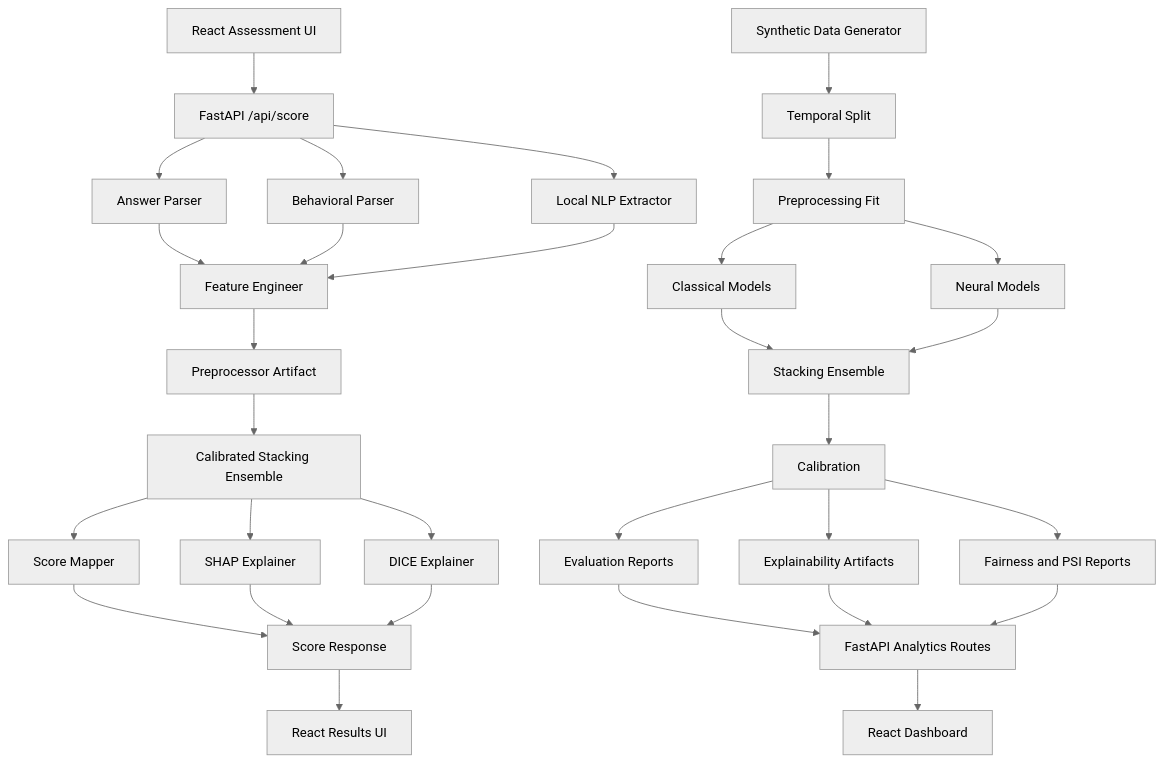
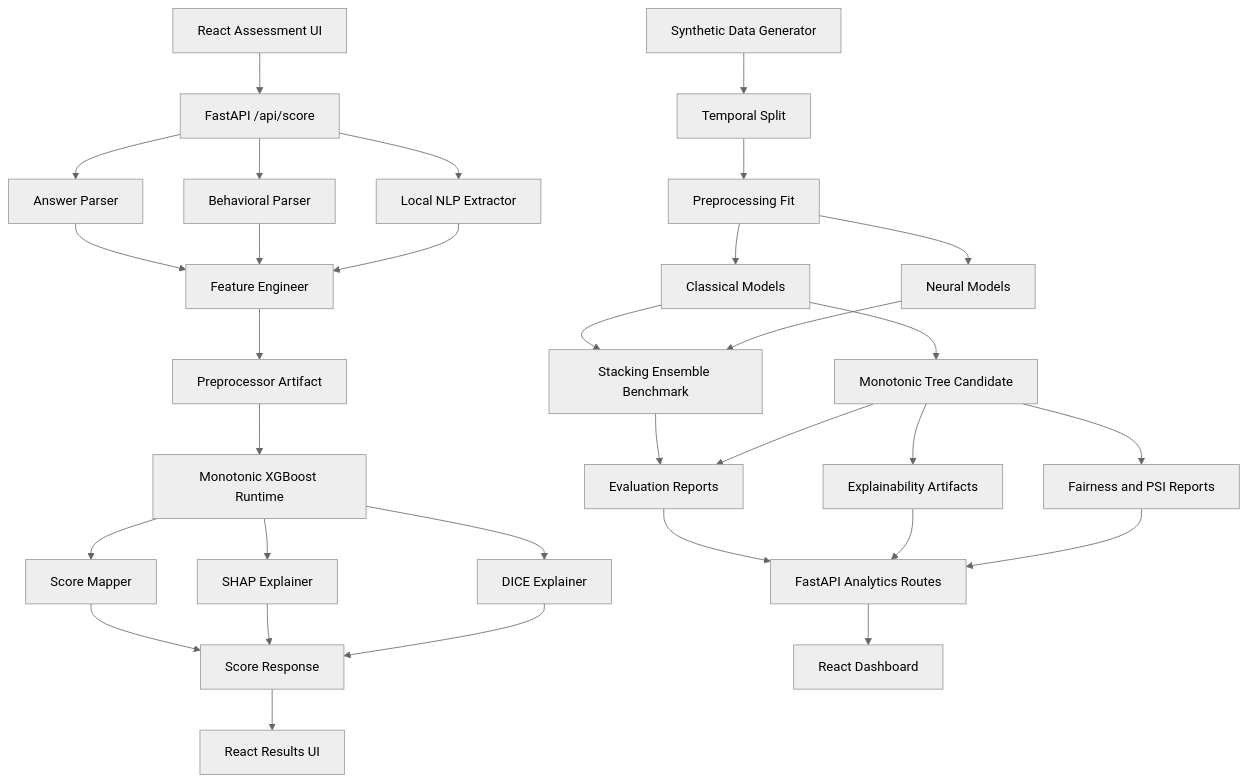
One commit to kaustubh-dot/AlterScore changed the diagram in docs/ENGINEERING_CONTEXT.md. Above: the diagram before and after it, drawn with Mermaid (neutral theme). The commit also changed other lines of this file and 29 other files, not shown here.

````diff
--- a/docs/ENGINEERING_CONTEXT.md
+++ b/docs/ENGINEERING_CONTEXT.md
@@ -155,34 +154,35 @@
 ```mermaid
 flowchart TD
   A["React Assessment UI"] --> B["FastAPI /api/score"]
   B --> C["Answer Parser"]
   B --> D["Behavioral Parser"]
   B --> E["Local NLP Extractor"]
   C --> F["Feature Engineer"]
   D --> F
   E --> F
   F --> G["Preprocessor Artifact"]
-  G --> H["Calibrated Stacking Ensemble"]
+  G --> H["Monotonic XGBoost Runtime"]
   H --> I["Score Mapper"]
   H --> J["SHAP Explainer"]
   H --> K["DICE Explainer"]
   I --> L["Score Response"]
   J --> L
   K --> L
   L --> M["React Results UI"]
 
   N["Synthetic Data Generator"] --> O["Temporal Split"]
   O --> P["Preprocessing Fit"]
   P --> Q["Classical Models"]
   P --> R["Neural Models"]
-  Q --> S["Stacking Ensemble"]
+  Q --> S["Stacking Ensemble Benchmark"]
   R --> S
-  S --> T["Calibration"]
-  T --> U["Evaluation Reports"]
+  Q --> T["Monotonic Tree Candidate"]
+  S --> U["Evaluation Reports"]
+  T --> U
   T --> V["Explainability Artifacts"]
   T --> W["Fairness and PSI Reports"]
   U --> X["FastAPI Analytics Routes"]
   V --> X
   W --> X
   X --> Y["React Dashboard"]
 ```
````
